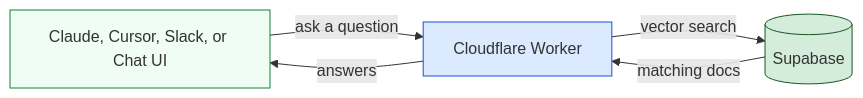
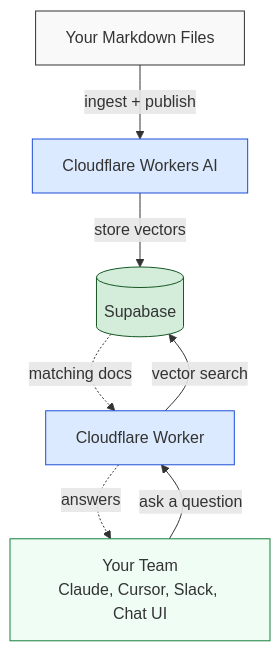
Before and after one commit to southleft/company-docs-mcp: the diagram in README.md, drawn with Mermaid. The commit also changed other lines of this file, not shown here.

Commit message:
docs: Switch to single top-down Mermaid diagram to avoid GitHub zoom overlay clipping

````diff
--- a/README.md
+++ b/README.md
@@ -48,9 +35,22 @@
 ```mermaid
-flowchart LR
-    D["Claude, Cursor, Slack, or Chat UI"] -->|"ask a question"| E["Cloudflare Worker"] -->|"vector search"| F[("Supabase")]
-    F -->|"matching docs"| E -->|"answers"| D
+flowchart TD
+    A["Your Markdown Files"]
+    B["Cloudflare Workers AI"]
+    C[("Supabase")]
+    D["Your Team\nClaude, Cursor, Slack, Chat UI"]
+    E["Cloudflare Worker"]
 
+    A -- "ingest + publish" --> B
+    B -- "store vectors" --> C
+
+    D -- "ask a question" --> E
+    E -- "vector search" --> C
+    C -. "matching docs" .-> E
+    E -. "answers" .-> D
+
+    style A fill:#f9f9f9,stroke:#333,color:#333
+    style B fill:#dbeafe,stroke:#1d4ed8,color:#333
+    style C fill:#d4edda,stroke:#155724,color:#333
     style D fill:#f0fdf4,stroke:#15803d,color:#333
     style E fill:#dbeafe,stroke:#1d4ed8,color:#333
-    style F fill:#d4edda,stroke:#155724,color:#333
 ```
````
